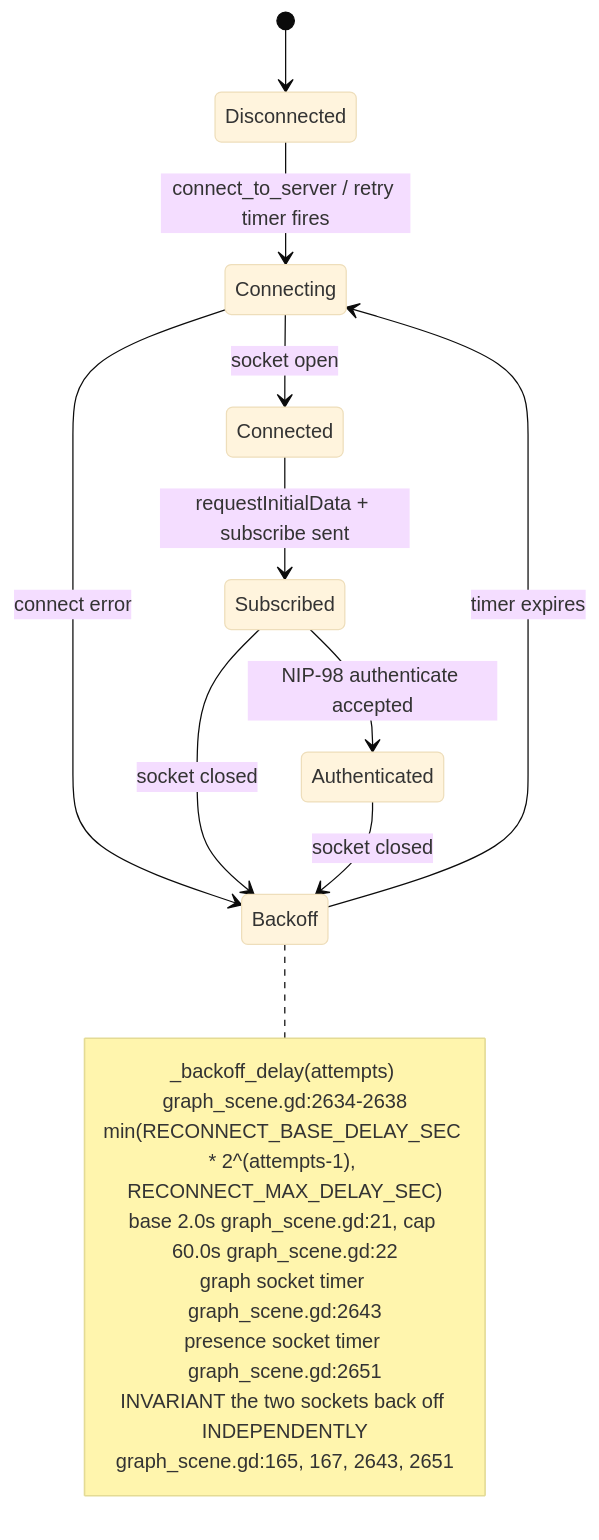
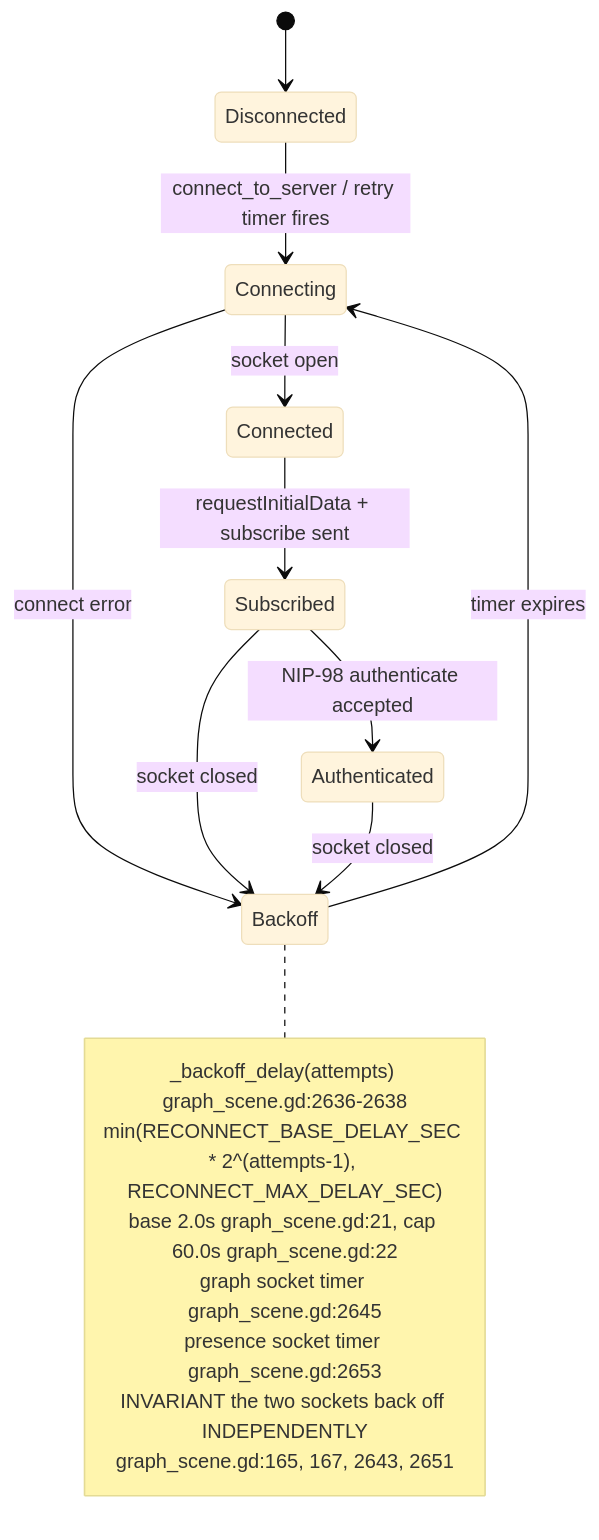
One commit to DreamLab-AI/VisionFlow changed the fourth of 23 diagrams in docs/diagrams/visionclaw/36-godot-xr-client.md. Above: the diagram before and after it, drawn with Mermaid (base theme). The commit also changed other lines of this file and 111 other files, not shown here.

Commit message:
docs(diagrams): align estate maps with current source

````diff
--- a/docs/diagrams/visionclaw/36-godot-xr-client.md
+++ b/docs/diagrams/visionclaw/36-godot-xr-client.md
@@ -213,21 +213,21 @@
 ```mermaid
 stateDiagram-v2
     [*] --> Disconnected
     Disconnected --> Connecting: connect_to_server / retry timer fires
     Connecting --> Connected: socket open
     Connecting --> Backoff: connect error
     Connected --> Subscribed: requestInitialData + subscribe sent
     Subscribed --> Authenticated: NIP-98 authenticate accepted
     Subscribed --> Backoff: socket closed
     Authenticated --> Backoff: socket closed
     Backoff --> Connecting: timer expires
     note right of Backoff
-        _backoff_delay(attempts) graph_scene.gd:2634-2638
+        _backoff_delay(attempts) graph_scene.gd:2636-2638
         min(RECONNECT_BASE_DELAY_SEC * 2^(attempts-1), RECONNECT_MAX_DELAY_SEC)
         base 2.0s graph_scene.gd:21, cap 60.0s graph_scene.gd:22
-        graph socket timer graph_scene.gd:2643
-        presence socket timer graph_scene.gd:2651
+        graph socket timer graph_scene.gd:2645
+        presence socket timer graph_scene.gd:2653
         INVARIANT the two sockets back off INDEPENDENTLY
         graph_scene.gd:165, 167, 2643, 2651
     end note
 ```
````
